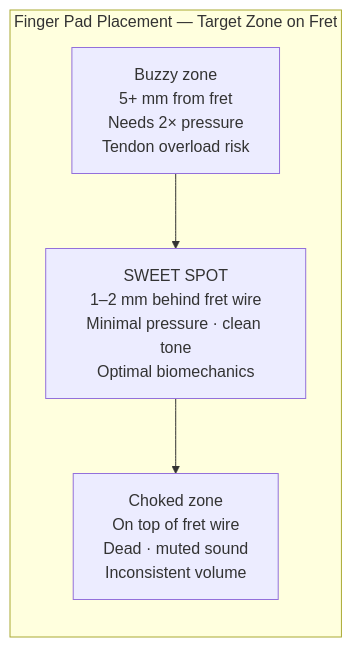
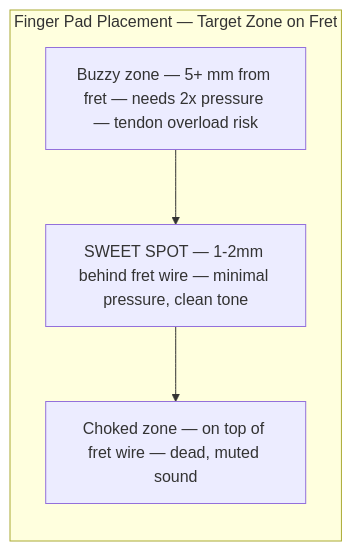
One commit to blebleblee/synapse changed the third of 6 diagrams in topics/arts/music_performance/bass_guitar/lesson_01_technique_and_fretboard_mechanics.md. Above: the diagram before and after it, drawn with Mermaid. The commit also changed other lines of this file and 4 other files, not shown here.

````diff
--- a/topics/arts/music_performance/bass_guitar/lesson_01_technique_and_fretboard_mechanics.md
+++ b/topics/arts/music_performance/bass_guitar/lesson_01_technique_and_fretboard_mechanics.md
@@ -189,9 +180,9 @@
 ```mermaid
 graph LR
     subgraph sub_placement ["Finger Pad Placement — Target Zone on Fret"]
-        P1["Buzzy zone\n5+ mm from fret\nNeeds 2× pressure\nTendon overload risk"]
-        P2["SWEET SPOT\n1–2 mm behind fret wire\nMinimal pressure · clean tone\nOptimal biomechanics"]
-        P3["Choked zone\nOn top of fret wire\nDead · muted sound\nInconsistent volume"]
+        P1["Buzzy zone — 5+ mm from fret — needs 2x pressure — tendon overload risk"]
+        P2["SWEET SPOT — 1-2mm behind fret wire — minimal pressure, clean tone"]
+        P3["Choked zone — on top of fret wire — dead, muted sound"]
         P1 --> P2 --> P3
     end
 ```
````
